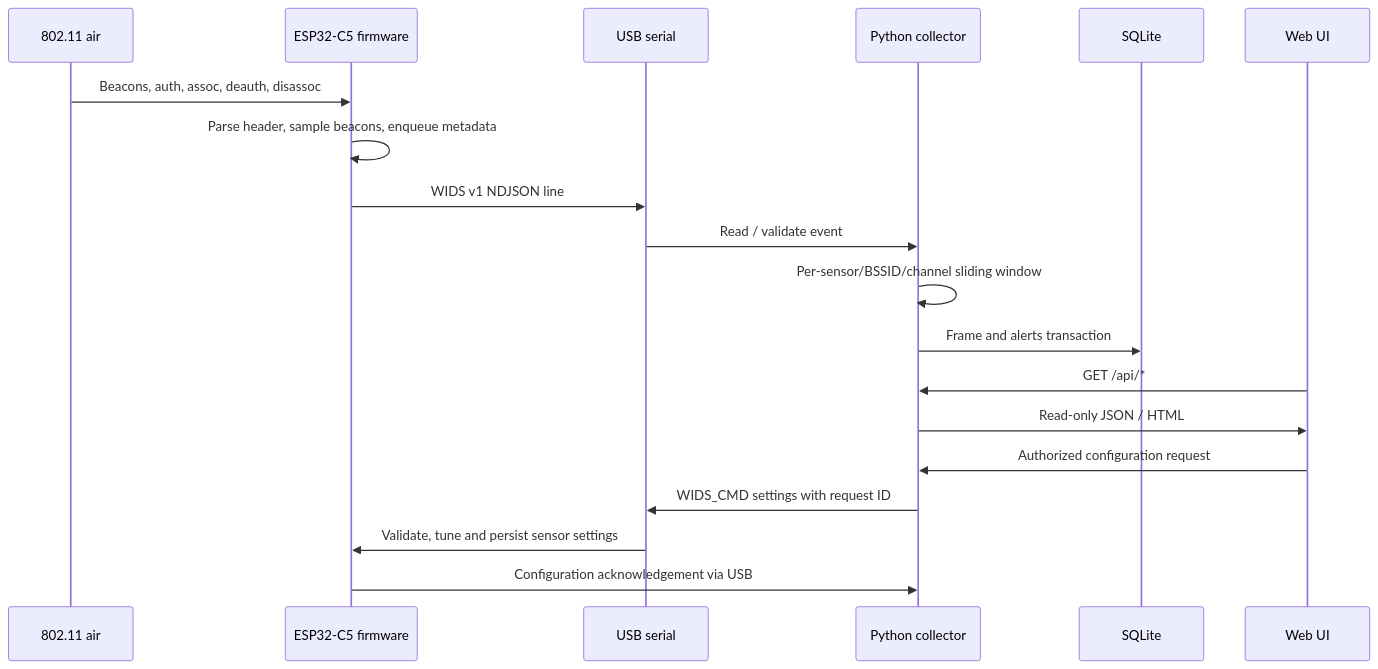
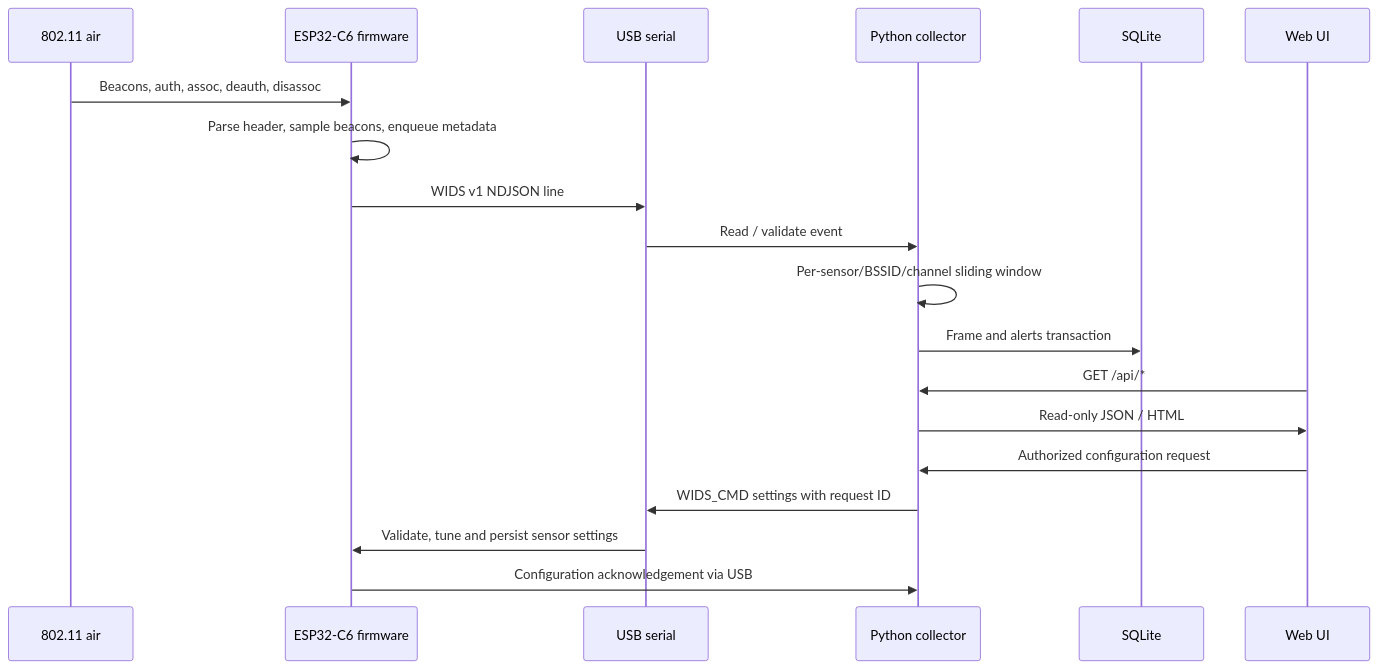
One commit to PurpleSentinel/WiFi-Sentinel changed the diagram in docs/ARCHITECTURE.md. Above: the diagram before and after it, drawn with Mermaid. The commit also changed other lines of this file and 31 other files, not shown here.

````diff
--- a/docs/ARCHITECTURE.md
+++ b/docs/ARCHITECTURE.md
@@ -9,21 +9,21 @@
 ```mermaid
 sequenceDiagram
   participant RF as 802.11 air
-  participant ESP as ESP32-C5 firmware
+  participant ESP as ESP32-C6 firmware
   participant USB as USB serial
   participant Pi as Python collector
   participant DB as SQLite
   participant Browser as Web UI
   RF->>ESP: Beacons, auth, assoc, deauth, disassoc
   ESP->>ESP: Parse header, sample beacons, enqueue metadata
   ESP->>USB: WIDS v1 NDJSON line
   USB->>Pi: Read / validate event
   Pi->>Pi: Per-sensor/BSSID/channel sliding window
   Pi->>DB: Frame and alerts transaction
   Browser->>Pi: GET /api/*
   Pi->>Browser: Read-only JSON / HTML
   Browser->>Pi: Authorized configuration request
   Pi->>USB: WIDS_CMD settings with request ID
   USB->>ESP: Validate, tune and persist sensor settings
   ESP->>Pi: Configuration acknowledgement via USB
 ```
````
